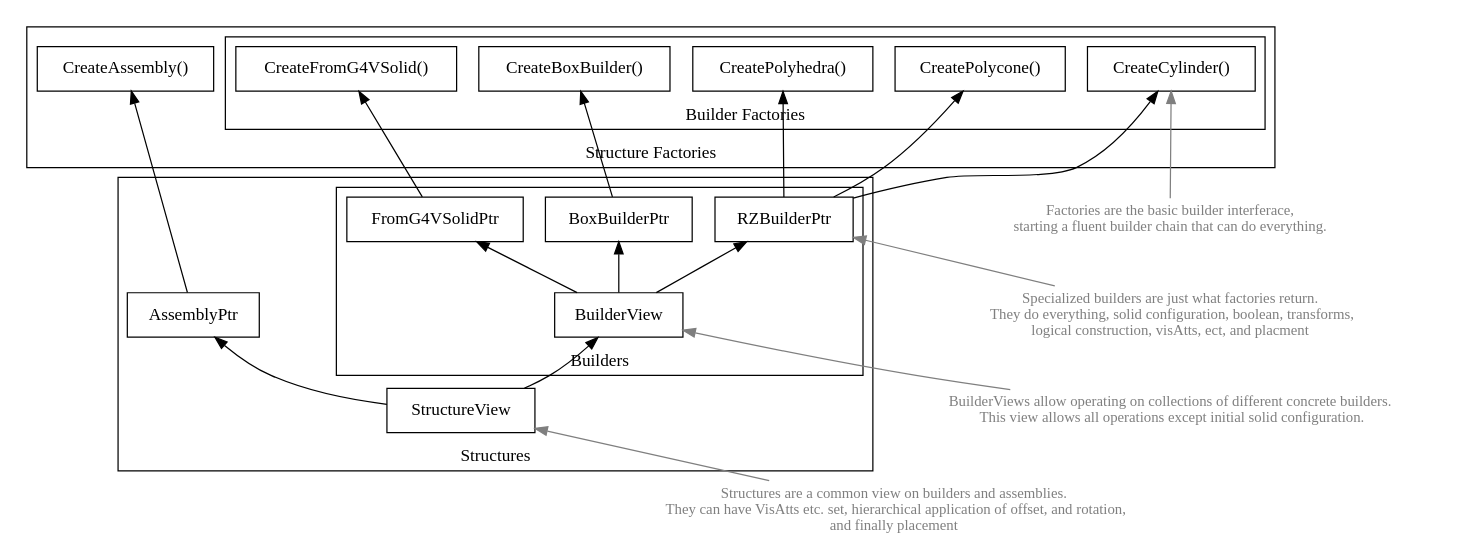
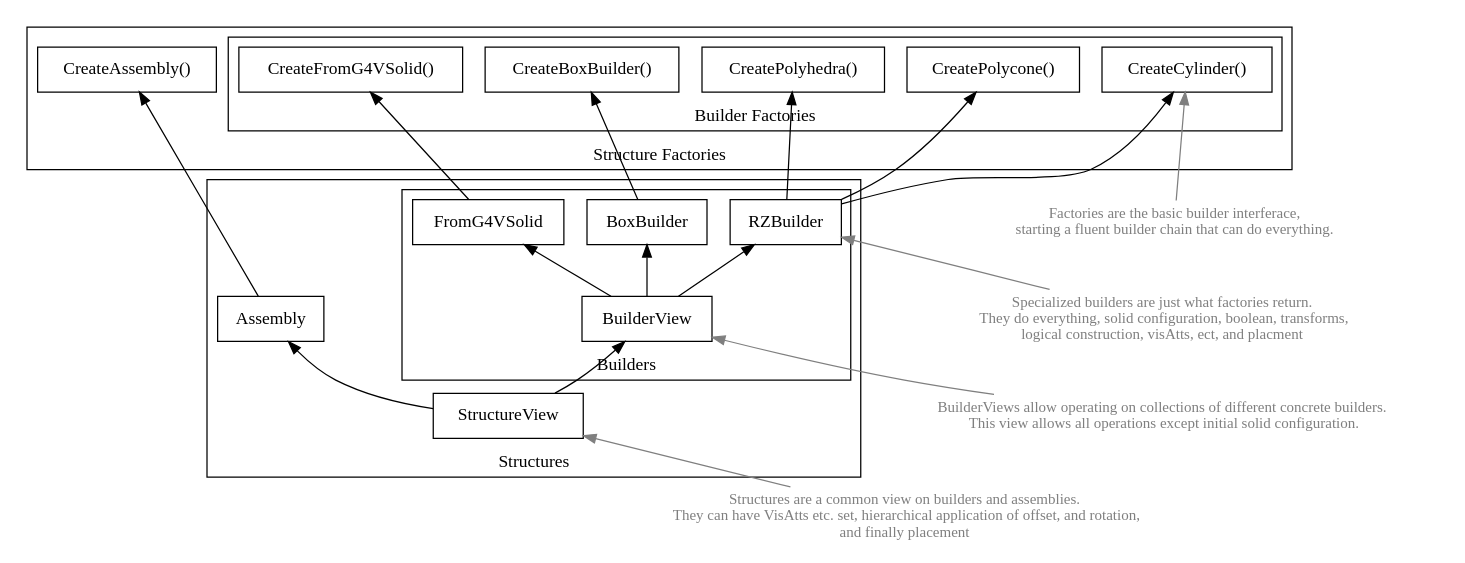
The diagram in docs/dots/builder_graph.dot (DSLeonard-coding/VolumeBuilders), drawn with Graphviz before and after one commit. The commit also changed 22 other files, not shown here.

```diff
--- a/docs/dots/builder_graph.dot
+++ b/docs/dots/builder_graph.dot
@@ -1,79 +1,79 @@
 digraph fake_hierarchy {
     size="12,";
     rankdir = BT; // bottom to top
 
     node [shape = box];
 
     subgraph cluster_row1 {
     label = "Structures";
     nodesep = 2.0;
     StructureView;
     subgraph cluster_row2 {
         label = "Builders";
         BuilderView;
-        RZBuilderPtr;
-        BoxBuilderPtr;
-        FromG4VSolidPtr;
+        RZBuilder;
+        BoxBuilder;
+        FromG4VSolid;
         rank = same;
     }
-    AssemblyPtr;
+    Assembly;
     dummy;
     rank = same;
     }
 
 
     //subgraph cluster_row3 {
  //   label="FromG4VSolid Factory";
  //   rank=same;
  // }
 
 subgraph cluster_row3 {
     label = "Structure Factories"
     subgraph cluster_row4 {
         label = "Builder Factories";
         "CreateFromG4VSolid()";
         "CreateBoxBuilder()";
         "CreatePolycone()";
         "CreatePolyhedra()";
         "CreateCylinder()";
         rank = same;
     }
     "CreateAssembly()";
 }
 
 subgraph side_comments {
     label ="";
     rankdir=TB;
     style = invis;
     builderComment;
     concreteBuilderComment;
     structureComment;
     factoryComment;
     builderComment -> concreteBuilderComment-> factoryComment [style = invis];
     structureComment-> builderComment  [style = invis];
 }
 
     // edges between nodes
      dummy [label = "", shape = box, width = 0.5; style = invis];
     structureComment [label="Structures are a common view on builders and assemblies.\n  They can have VisAtts etc. set, hierarchical application of offset, and rotation,\n and finally placement", shape=plaintext, fontcolor=gray50, fontsize=12, width=0, height=0]
     structureComment -> StructureView [color = gray50];
     builderComment [label="BuilderViews allow operating on collections of different concrete builders.\n  This view allows all operations except initial solid configuration.", shape=plaintext, fontcolor=gray50, fontsize=12, width=0, height=0]
     builderComment -> BuilderView [color = gray50];
     concreteBuilderComment [label="Specialized builders are just what factories return.\n  They do everything, solid configuration, boolean, transforms,\n logical construction, visAtts, ect, and placment", shape=plaintext, fontcolor=gray50, fontsize=12, width=0, height=0]
-    concreteBuilderComment -> RZBuilderPtr [color = gray50];
+    concreteBuilderComment -> RZBuilder [color = gray50];
     factoryComment [label="Factories are the basic builder interferace,\n starting a fluent builder chain that can do everything.", shape=plaintext, fontcolor=gray50, fontsize=12, width=0, height=0]
     factoryComment -> "CreateCylinder()" [color = gray50];
     StructureView -> BuilderView;
     StructureView -> dummy [style = invis];
-    StructureView -> AssemblyPtr;
+    StructureView -> Assembly;
     dummy -> "CreateFromG4VSolid()" [style = invis];
-    BuilderView -> RZBuilderPtr;
-    BuilderView -> "FromG4VSolidPtr";
-    BuilderView -> "BoxBuilderPtr";
-    FromG4VSolidPtr -> "CreateFromG4VSolid()";
-    RZBuilderPtr -> "CreatePolycone()";
-    RZBuilderPtr -> "CreatePolyhedra()";
-    RZBuilderPtr -> "CreateCylinder()";
-    BoxBuilderPtr -> "CreateBoxBuilder()";
-    AssemblyPtr -> "CreateAssembly()";
+    BuilderView -> RZBuilder;
+    BuilderView -> "FromG4VSolid";
+    BuilderView -> "BoxBuilder";
+    FromG4VSolid -> "CreateFromG4VSolid()";
+    RZBuilder -> "CreatePolycone()";
+    RZBuilder -> "CreatePolyhedra()";
+    RZBuilder -> "CreateCylinder()";
+    BoxBuilder -> "CreateBoxBuilder()";
+    Assembly -> "CreateAssembly()";
 }
```
